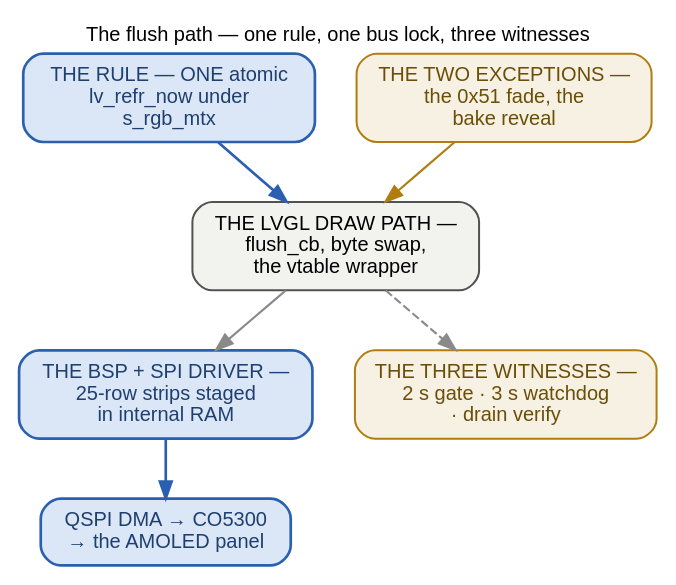
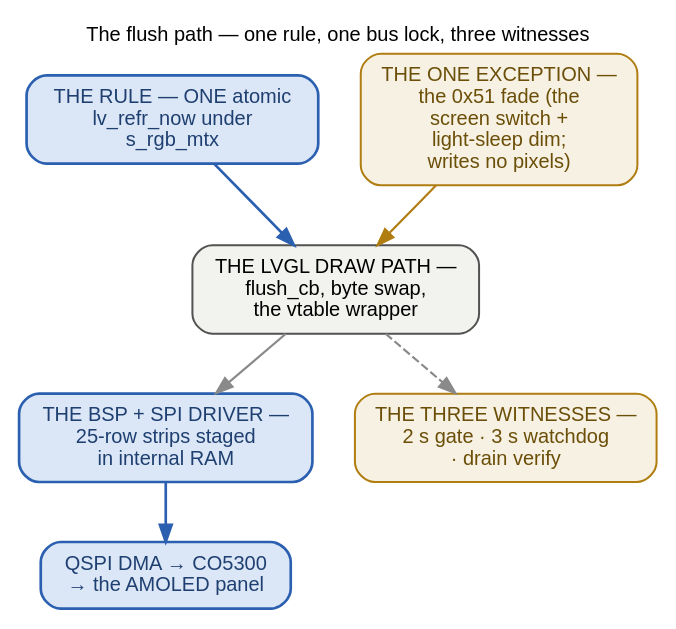
One commit to ukos-git/moon-clock-esp changed the diagram in docs/_graphs/flush-path.dot. Above: the diagram before and after it, drawn with Graphviz. The commit also changed 33 other files, not shown here.

```diff
--- a/docs/_graphs/flush-path.dot
+++ b/docs/_graphs/flush-path.dot
@@ -1,47 +1,49 @@
 // The flush path as a black box — the whole journey in five sealed
 // boxes. The numbers (25-row strips, 23.3 KiB, 32 KiB DMA cap, 23,300
 // B, depth-1 queue, 2 s / 3 s caps, the witness timings, the heal/
 // restart split) live in the detail sketches and their headers:
 //   flush-path-strip.dot     the strip's journey with every byte count
 //   flush-path-witness.dot   the three witnesses and the heal/restart
 //                            split
 // Every edge verified in components/ui/moon_ui.c (wait cb :445,
 // watchdog :596-, drain verify :919-, wrapper comment :601-, strip
 // math :124) and the vendored BSP
 // components/esp32_s3_touch_amoled_1_75/esp32_s3_touch_amoled_1_75.c
 // (:493-:530). The lost-completion root cause in IDF is the prose of
-// this page; the hourly fade flow is docs/_graphs/tf-hour-cache.dot's
-// territory; who fills which buffer before a strip reaches the
-// wrapper is buffers-relay.dot (architecture).
+// this page; the hourly refresh no longer rides a fade at all
+// (2026-11-24, the compute-progress change — the old frame stays up
+// the whole cycle) and the hour cache's producer flow is
+// tf-hour-cache.dot's territory; who fills which buffer before a
+// strip reaches the wrapper is buffers-relay.dot (architecture).
 // FONTS: 12 pt = the page's 16 px body text at 1:1 — kept inside the
 // content column.
 // Rendered inline as SVG by sphinx.ext.graphviz (dot on PATH).
 digraph flush_path {
     rankdir=TB;
     label="The flush path — one rule, one bus lock, three witnesses";
     labelloc="t"; labeljust="c";
     fontname="Helvetica"; fontsize=12;
     graph [nodesep=0.35, ranksep=0.5];
     node [fontname="Helvetica", fontsize=12, shape=box, style="rounded,filled",
           width=0, height=0, margin="0.16,0.10", fillcolor="#f2f2ef",
           color="#525252", penwidth=1.2];
     edge [fontname="Helvetica", fontsize=12, color="#8a8a8a", penwidth=1.3];
 
     rule [label="THE RULE — ONE atomic\nlv_refr_now under\ns_rgb_mtx",
           fillcolor="#dbe7f6", color="#2b5fb0", fontcolor="#1e3f70", penwidth=1.6];
-    exc [label="THE TWO EXCEPTIONS —\nthe 0x51 fade, the\nbake reveal",
+    exc [label="THE ONE EXCEPTION —\nthe 0x51 fade (the\nscreen switch +\nlight-sleep dim;\nwrites no pixels)",
          fillcolor="#f6f1e2", color="#b07d10", fontcolor="#6b4e08"];
     lvgl [label="THE LVGL DRAW PATH —\nflush_cb, byte swap,\nthe vtable wrapper"];
     bsp [label="THE BSP + SPI DRIVER —\n25-row strips staged\nin internal RAM",
          fillcolor="#dbe7f6", color="#2b5fb0", fontcolor="#1e3f70", penwidth=1.6];
     wit [label="THE THREE WITNESSES —\n2 s gate · 3 s watchdog\n· drain verify",
          fillcolor="#f6f1e2", color="#b07d10", fontcolor="#6b4e08"];
     panel [label="QSPI DMA → CO5300\n→ the AMOLED panel",
            fillcolor="#dbe7f6", color="#2b5fb0", fontcolor="#1e3f70", penwidth=1.6];
 
     rule -> lvgl [color="#2b5fb0", penwidth=1.6];
     exc -> lvgl [color="#b07d10"];
     lvgl -> bsp;
     bsp -> panel [color="#2b5fb0", penwidth=1.6];
     lvgl -> wit [style=dashed];
 }
```
